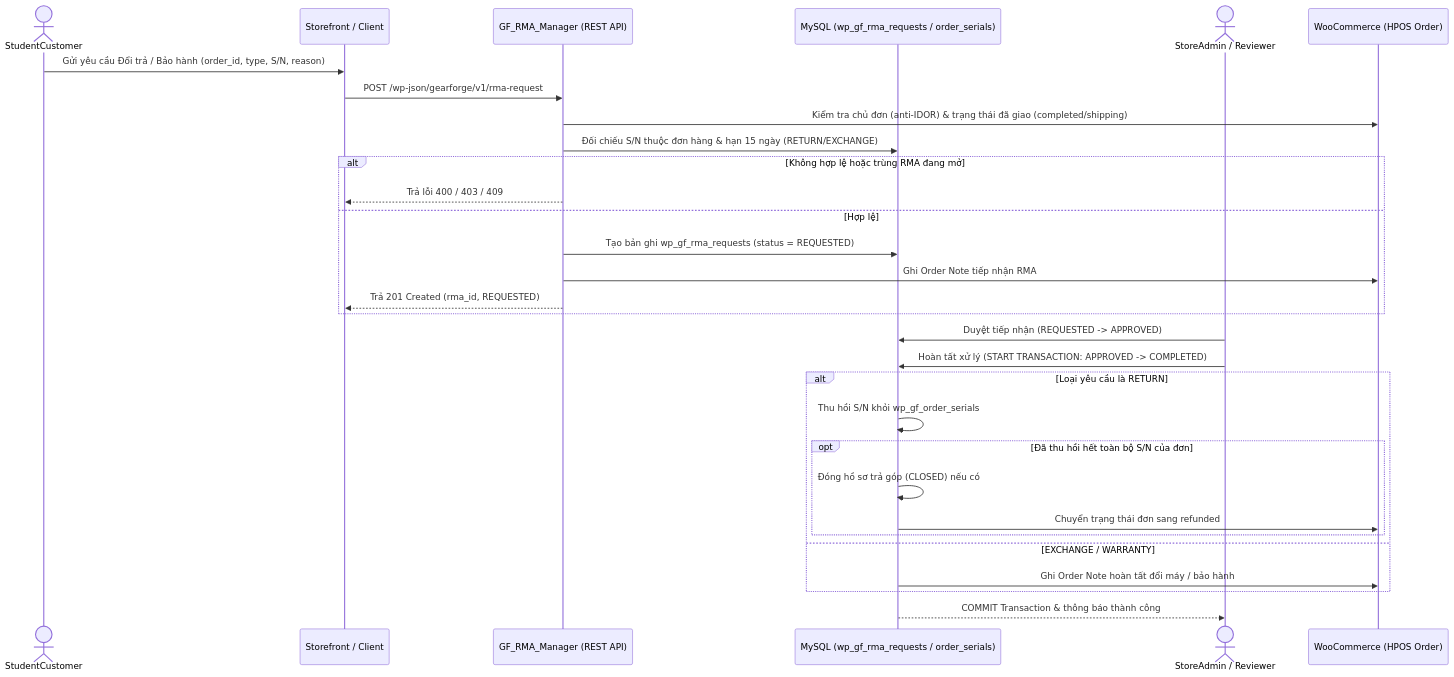
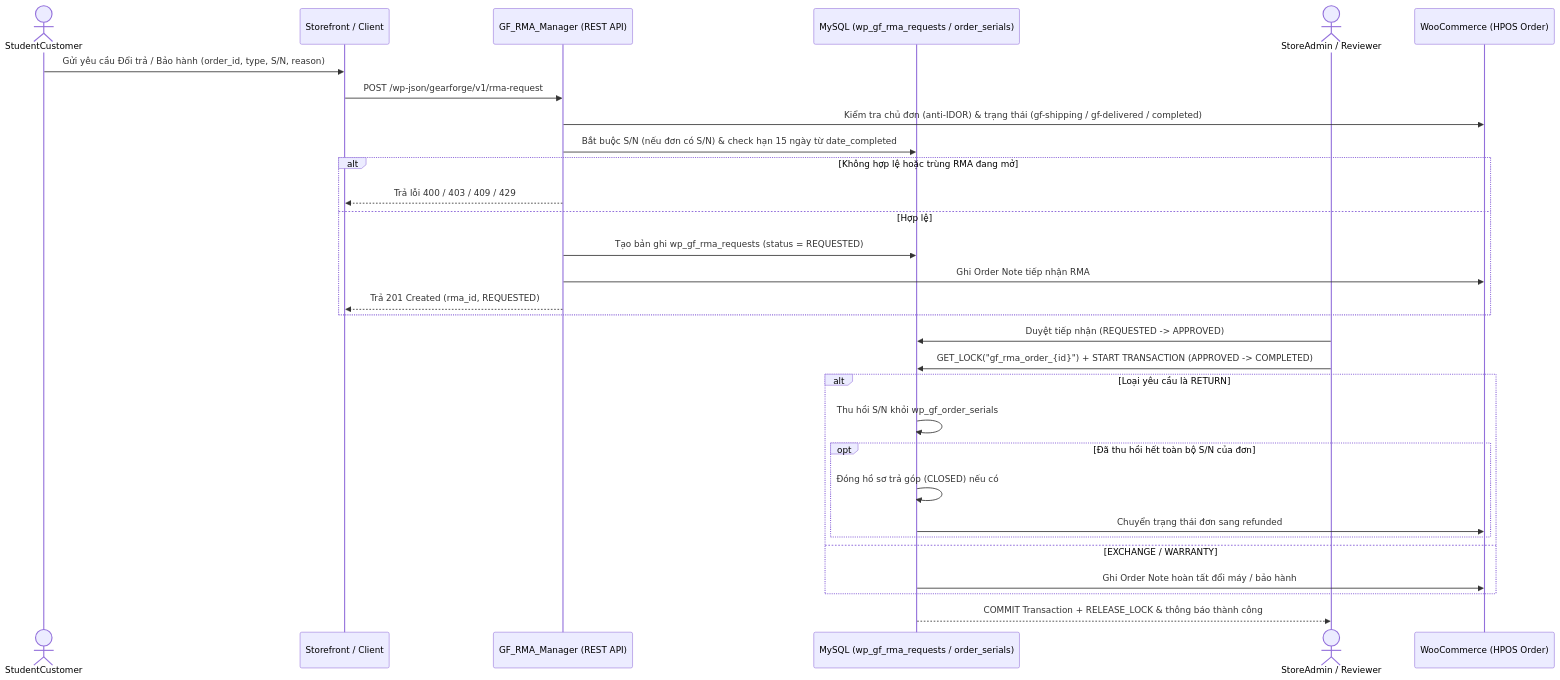
The diagram in 2. Quy ước và Sơ đồ UML/role4_diagrams/RMA_Sequence_Role4.mmd (nguyenthanhtri5h-bot/EC312-GearForge-HeThongTMDT), drawn with Mermaid before and after one commit. The commit also changed 13 other files, not shown here.

Commit message:
docs(role4): cập nhật đồng bộ 6 sơ đồ UML/ERD theo FIX-14..FIX-16 và xuất lại báo cáo Word

```diff
--- a/2. Quy ước và Sơ đồ UML/role4_diagrams/RMA_Sequence_Role4.mmd
+++ b/2. Quy ước và Sơ đồ UML/role4_diagrams/RMA_Sequence_Role4.mmd
@@ -1,32 +1,32 @@
 sequenceDiagram
     actor SV as StudentCustomer
     participant UI as Storefront / Client
     participant RMA as GF_RMA_Manager (REST API)
     participant DB as MySQL (wp_gf_rma_requests / order_serials)
     actor Admin as StoreAdmin / Reviewer
     participant WC as WooCommerce (HPOS Order)
 
     SV->>UI: Gửi yêu cầu Đổi trả / Bảo hành (order_id, type, S/N, reason)
     UI->>RMA: POST /wp-json/gearforge/v1/rma-request
-    RMA->>WC: Kiểm tra chủ đơn (anti-IDOR) & trạng thái đã giao (completed/shipping)
-    RMA->>DB: Đối chiếu S/N thuộc đơn hàng & hạn 15 ngày (RETURN/EXCHANGE)
+    RMA->>WC: Kiểm tra chủ đơn (anti-IDOR) & trạng thái (gf-shipping / gf-delivered / completed)
+    RMA->>DB: Bắt buộc S/N (nếu đơn có S/N) & check hạn 15 ngày từ date_completed
     alt Không hợp lệ hoặc trùng RMA đang mở
-        RMA-->>UI: Trả lỗi 400 / 403 / 409
+        RMA-->>UI: Trả lỗi 400 / 403 / 409 / 429
     else Hợp lệ
         RMA->>DB: Tạo bản ghi wp_gf_rma_requests (status = REQUESTED)
         RMA->>WC: Ghi Order Note tiếp nhận RMA
         RMA-->>UI: Trả 201 Created (rma_id, REQUESTED)
     end
 
     Admin->>DB: Duyệt tiếp nhận (REQUESTED -> APPROVED)
-    Admin->>DB: Hoàn tất xử lý (START TRANSACTION: APPROVED -> COMPLETED)
+    Admin->>DB: GET_LOCK("gf_rma_order_{id}") + START TRANSACTION (APPROVED -> COMPLETED)
     alt Loại yêu cầu là RETURN
         DB->>DB: Thu hồi S/N khỏi wp_gf_order_serials
         opt Đã thu hồi hết toàn bộ S/N của đơn
             DB->>DB: Đóng hồ sơ trả góp (CLOSED) nếu có
             DB->>WC: Chuyển trạng thái đơn sang refunded
         end
     else EXCHANGE / WARRANTY
         DB->>WC: Ghi Order Note hoàn tất đổi máy / bảo hành
     end
-    DB-->>Admin: COMMIT Transaction & thông báo thành công
+    DB-->>Admin: COMMIT Transaction + RELEASE_LOCK & thông báo thành công
```
